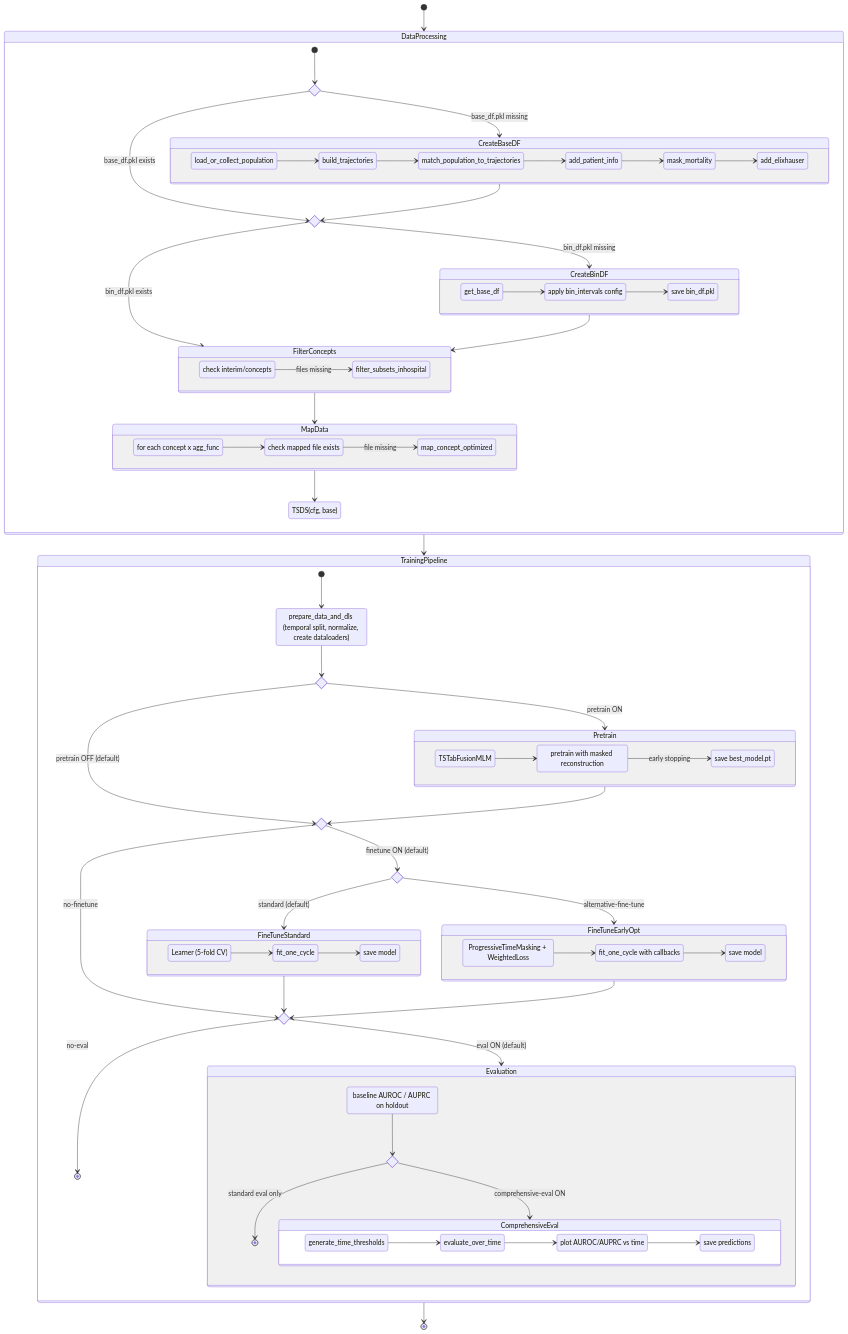
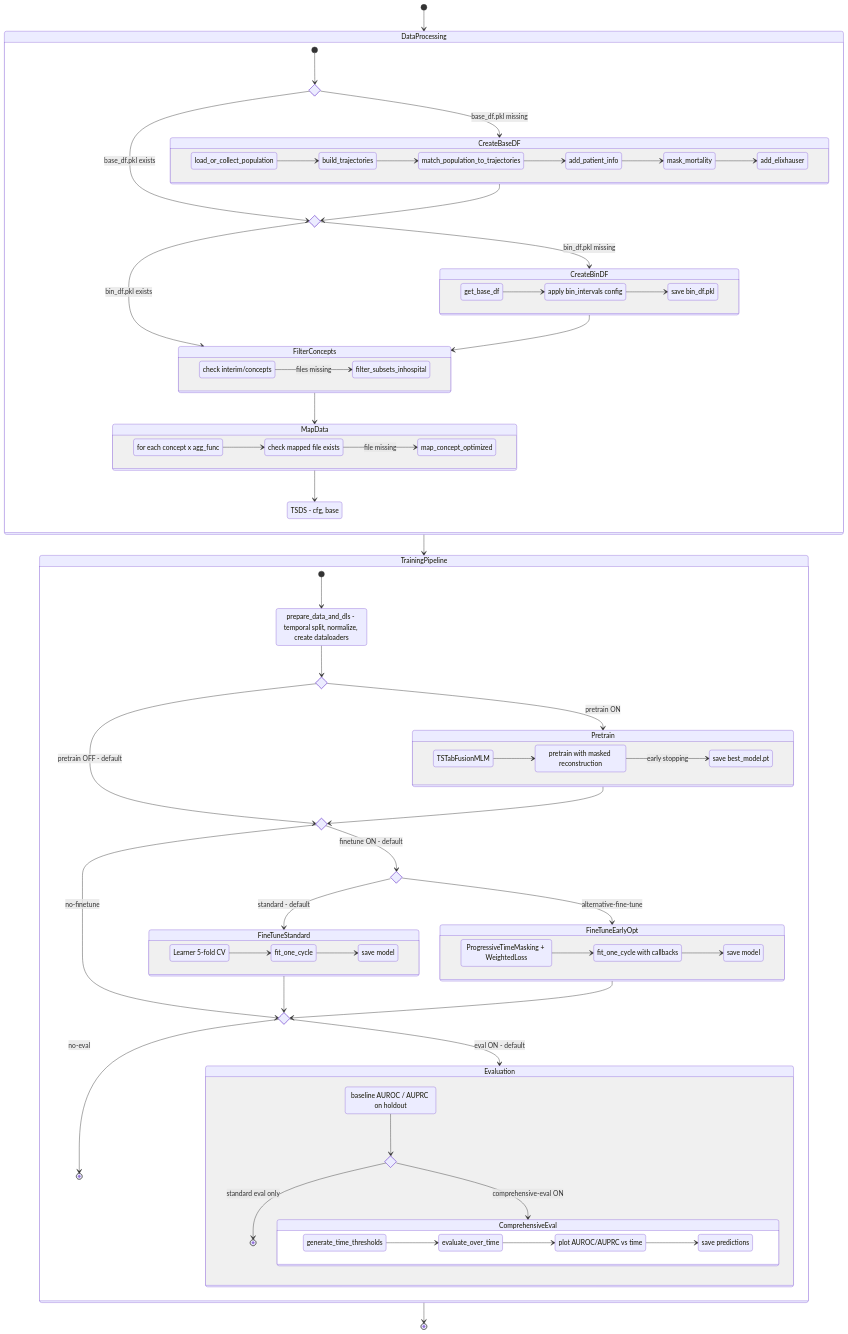
One commit to a-millarch/astra_dev changed the diagram in documentation/state.md. Above: the diagram before and after it, drawn with Mermaid. The commit also changed 5 other files, not shown here.

```diff
--- a/documentation/state.md
+++ b/documentation/state.md
@@ -66,7 +66,7 @@
         }
 
         MapData --> BuildTSDS
-        BuildTSDS : TSDS(cfg, base)
+        BuildTSDS : TSDS - cfg, base
     }
 
     DataProcessing --> TrainingPipeline
@@ -80,12 +80,12 @@
         state finetune_method <<choice>>
 
         [*] --> PrepareData
-        PrepareData : prepare_data_and_dls (temporal split, normalize, create dataloaders)
+        PrepareData : prepare_data_and_dls - temporal split, normalize, create dataloaders
 
         PrepareData --> pretrain_flag
 
         pretrain_flag --> Pretrain : pretrain ON
-        pretrain_flag --> finetune_flag : pretrain OFF (default)
+        pretrain_flag --> finetune_flag : pretrain OFF - default
 
         state Pretrain {
             direction LR
@@ -98,15 +98,15 @@
 
         Pretrain --> finetune_flag
 
-        finetune_flag --> finetune_method : finetune ON (default)
+        finetune_flag --> finetune_method : finetune ON - default
         finetune_flag --> eval_flag : no-finetune
 
-        finetune_method --> FineTuneStandard : standard (default)
+        finetune_method --> FineTuneStandard : standard - default
         finetune_method --> FineTuneEarlyOpt : alternative-fine-tune
 
         state FineTuneStandard {
             direction LR
-            ft_learn : Learner (5-fold CV)
+            ft_learn : Learner 5-fold CV
             ft_train : fit_one_cycle
             ft_save : save model
             ft_learn --> ft_train
@@ -125,7 +125,7 @@
         FineTuneStandard --> eval_flag
         FineTuneEarlyOpt --> eval_flag
 
-        eval_flag --> Evaluation : eval ON (default)
+        eval_flag --> Evaluation : eval ON - default
         eval_flag --> [*] : no-eval
 
         state Evaluation {
```
